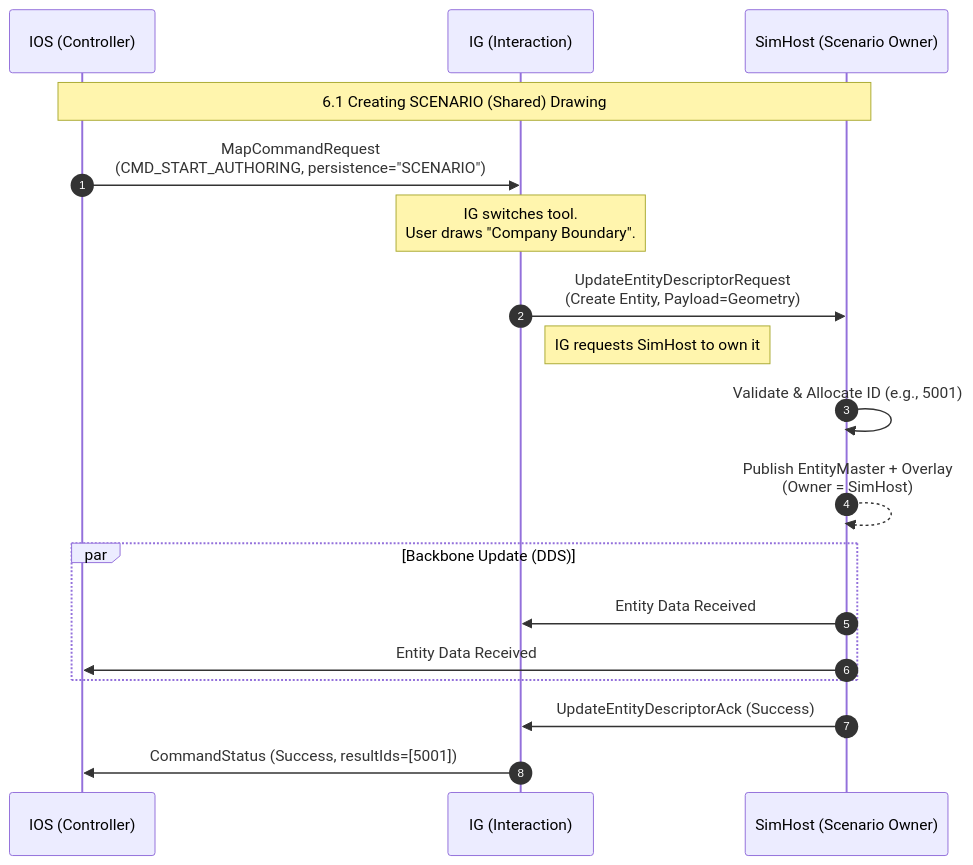
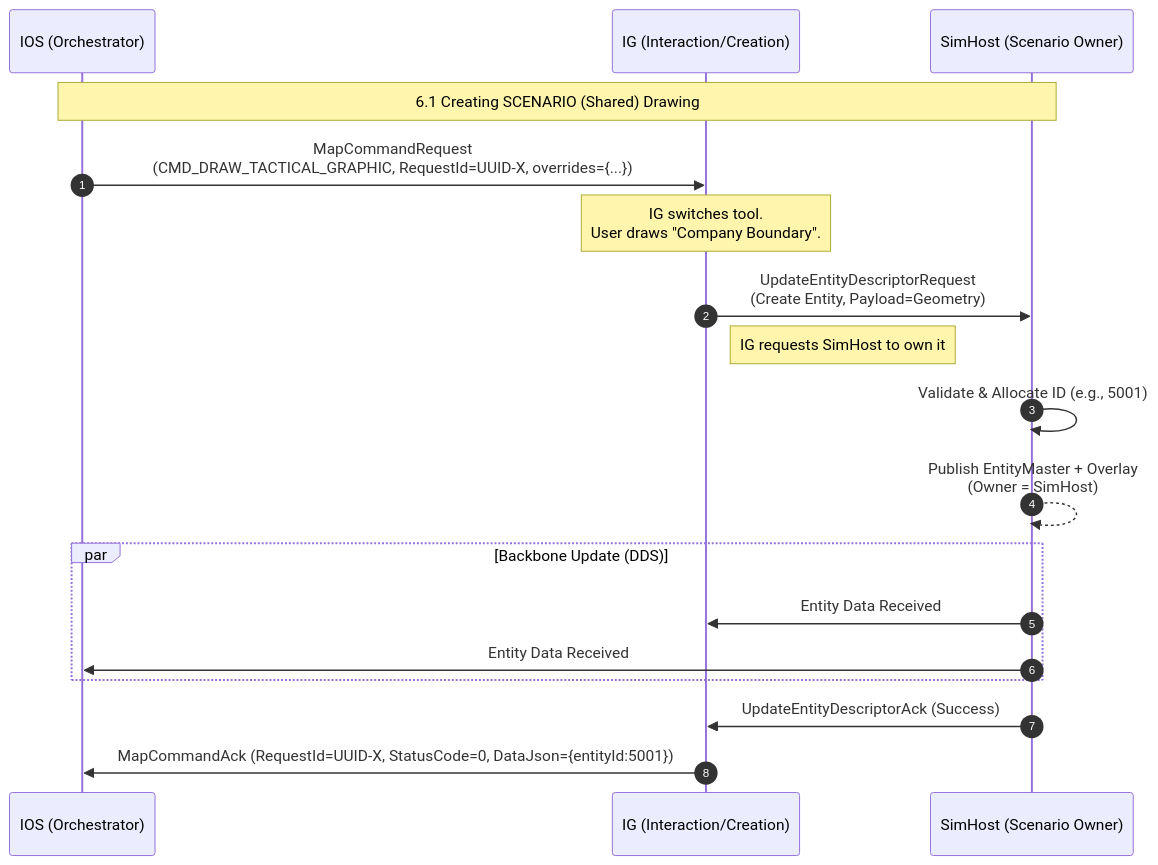
The second of 15 diagrams in docs/map-features/map-specs.md (pjanec/HROT), drawn with Mermaid before and after one commit. The commit also changed other lines of this file and 1 other file, not shown here.

Commit message:
docs: map-specs updated

```diff
--- a/docs/map-features/map-specs.md
+++ b/docs/map-features/map-specs.md
@@ -286,28 +288,28 @@
 ::: mermaid
 sequenceDiagram
     autonumber
-    participant IOS as IOS (Controller)
-    participant IG as IG (Interaction)
+    participant IOS as IOS (Orchestrator)
+    participant IG as IG (Interaction/Creation)
     participant SimHost as SimHost (Scenario Owner)
 
     Note over IOS, SimHost: 6.1 Creating SCENARIO (Shared) Drawing
     
-    IOS->>IG: MapCommandRequest<br/>(CMD_START_AUTHORING, persistence="SCENARIO")
+    IOS->>IG: MapCommandRequest<br/>(CMD_DRAW_TACTICAL_GRAPHIC, RequestId=UUID-X, overrides={...})
     
     Note over IG: IG switches tool.<br/>User draws "Company Boundary".
     
     IG->>SimHost: UpdateEntityDescriptorRequest<br/>(Create Entity, Payload=Geometry)
     
     Note right of IG: IG requests SimHost to own it
     
     SimHost->>SimHost: Validate & Allocate ID (e.g., 5001)
     SimHost-->>SimHost: Publish EntityMaster + Overlay<br/>(Owner = SimHost)
     
     par Backbone Update (DDS)
         SimHost->>IG: Entity Data Received
         SimHost->>IOS: Entity Data Received
     end
     
     SimHost->>IG: UpdateEntityDescriptorAck (Success)
-    IG->>IOS: CommandStatus (Success, resultIds=[5001])
+    IG->>IOS: MapCommandAck (RequestId=UUID-X, StatusCode=0, DataJson={entityId:5001})
 :::
```
